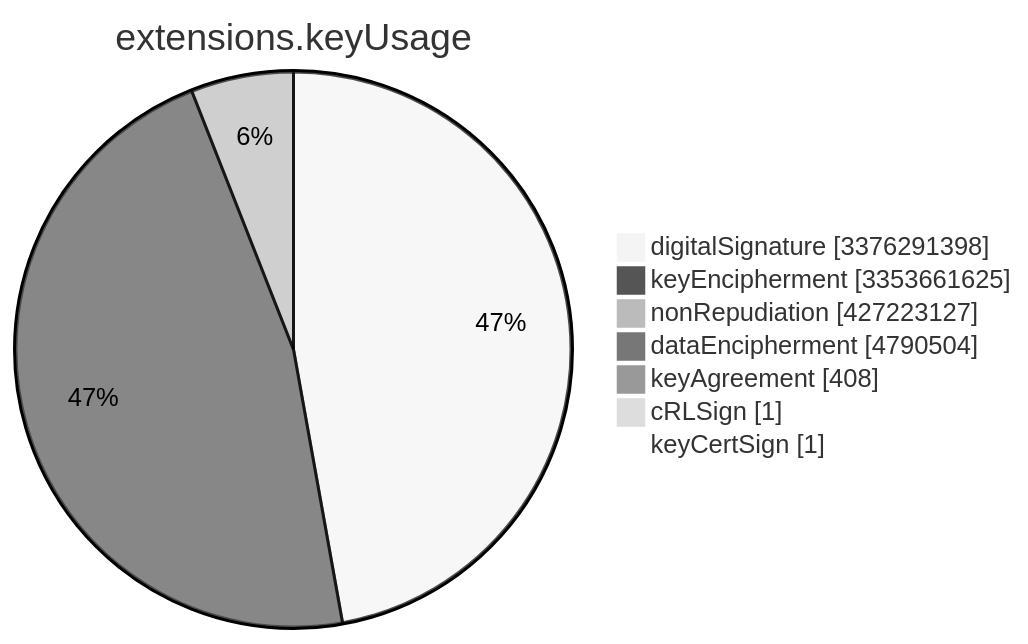
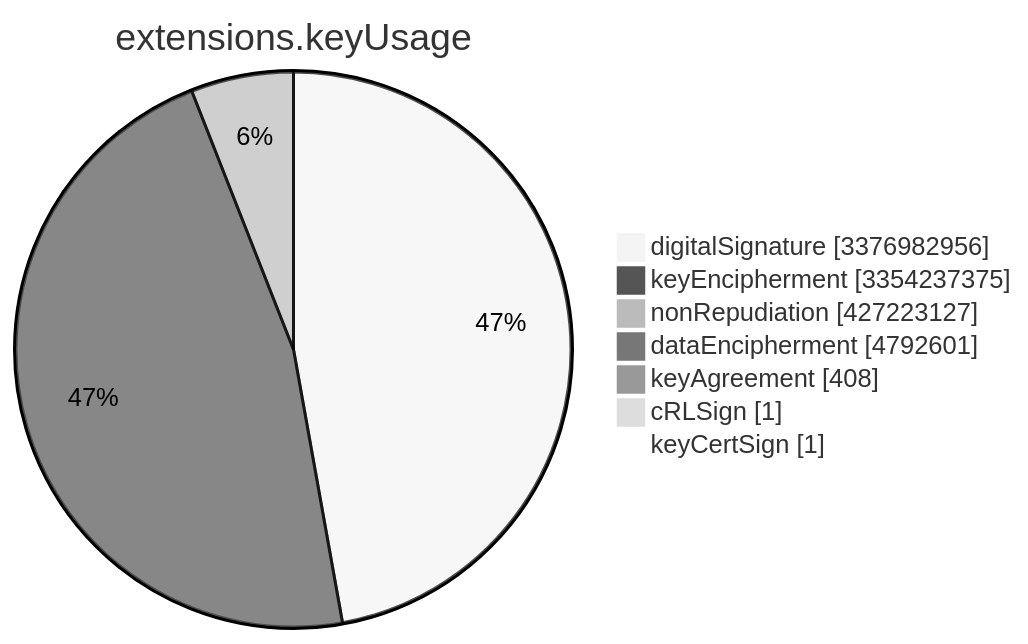
One commit to christiankrug/ctmonitor_visualization changed the sixth of 15 diagrams in TOTAL/README.md. Above: the diagram before and after it, drawn with Mermaid (neutral theme). The commit also changed other lines of this file, not shown here.

````diff
--- a/TOTAL/README.md
+++ b/TOTAL/README.md
@@ -3079,11 +3079,11 @@
 ```mermaid
 pie showData
 title extensions.keyUsage
-"digitalSignature" :3376291398
-"keyEncipherment" :3353661625
+"digitalSignature" :3376982956
+"keyEncipherment" :3354237375
 "nonRepudiation" :427223127
-"dataEncipherment" :4790504
+"dataEncipherment" :4792601
 "keyAgreement" :408
 "cRLSign" :1
 "keyCertSign" :1
 ```
````
